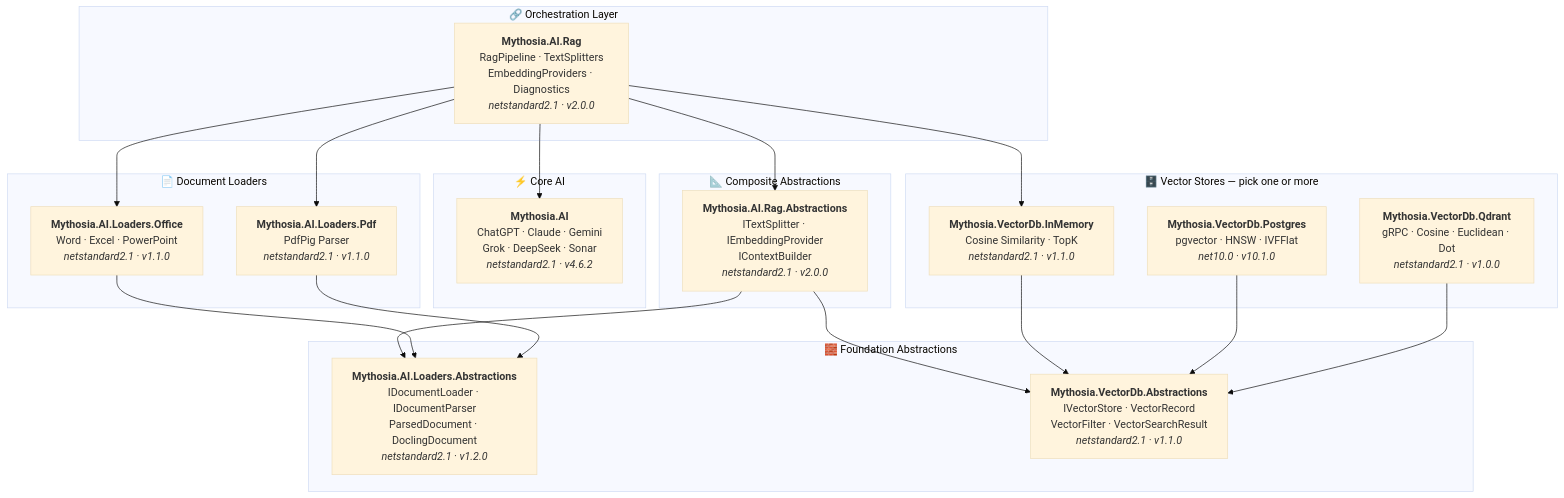
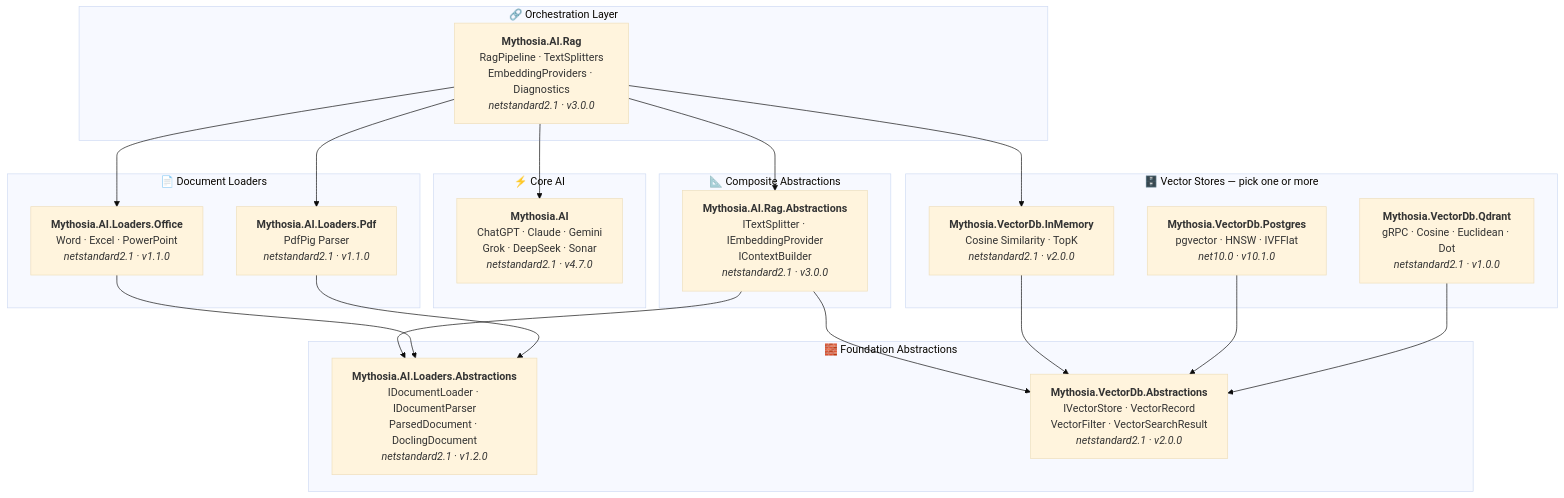
One commit to AJ-comp/Mythosia.AI changed the diagram in README.md. Above: the diagram before and after it, drawn with Mermaid (base theme). The commit also changed 62 other files, not shown here.

````diff
--- a/README.md
+++ b/README.md
@@ -55,50 +55,50 @@
 ```mermaid
 graph TD
     subgraph "🔗 Orchestration Layer"
-        Rag["<b>Mythosia.AI.Rag</b><br/>RagPipeline · TextSplitters<br/>EmbeddingProviders · Diagnostics<br/><i>netstandard2.1 · v2.0.0</i>"]
+        Rag["<b>Mythosia.AI.Rag</b><br/>RagPipeline · TextSplitters<br/>EmbeddingProviders · Diagnostics<br/><i>netstandard2.1 · v3.0.0</i>"]
     end
 
     subgraph "📐 Composite Abstractions"
-        RagAbs["<b>Mythosia.AI.Rag.Abstractions</b><br/>ITextSplitter · IEmbeddingProvider<br/>IContextBuilder<br/><i>netstandard2.1 · v2.0.0</i>"]
+        RagAbs["<b>Mythosia.AI.Rag.Abstractions</b><br/>ITextSplitter · IEmbeddingProvider<br/>IContextBuilder<br/><i>netstandard2.1 · v3.0.0</i>"]
     end
 
     subgraph "⚡ Core AI"
-        AI["<b>Mythosia.AI</b><br/>ChatGPT · Claude · Gemini<br/>Grok · DeepSeek · Sonar<br/><i>netstandard2.1 · v4.6.2</i>"]
+        AI["<b>Mythosia.AI</b><br/>ChatGPT · Claude · Gemini<br/>Grok · DeepSeek · Sonar<br/><i>netstandard2.1 · v4.7.0</i>"]
     end
 
     subgraph "📄 Document Loaders"
         Office["<b>Mythosia.AI.Loaders.Office</b><br/>Word · Excel · PowerPoint<br/><i>netstandard2.1 · v1.1.0</i>"]
         Pdf["<b>Mythosia.AI.Loaders.Pdf</b><br/>PdfPig Parser<br/><i>netstandard2.1 · v1.1.0</i>"]
     end
 
     subgraph "🗄️ Vector Stores — pick one or more"
-        InMem["<b>Mythosia.VectorDb.InMemory</b><br/>Cosine Similarity · TopK<br/><i>netstandard2.1 · v1.1.0</i>"]
+        InMem["<b>Mythosia.VectorDb.InMemory</b><br/>Cosine Similarity · TopK<br/><i>netstandard2.1 · v2.0.0</i>"]
         Pg["<b>Mythosia.VectorDb.Postgres</b><br/>pgvector · HNSW · IVFFlat<br/><i>net10.0 · v10.1.0</i>"]
         Qd["<b>Mythosia.VectorDb.Qdrant</b><br/>gRPC · Cosine · Euclidean · Dot<br/><i>netstandard2.1 · v1.0.0</i>"]
     end
 
     subgraph "🧱 Foundation Abstractions"
         LoaderAbs["<b>Mythosia.AI.Loaders.Abstractions</b><br/>IDocumentLoader · IDocumentParser<br/>ParsedDocument · DoclingDocument<br/><i>netstandard2.1 · v1.2.0</i>"]
-        VdbAbs["<b>Mythosia.VectorDb.Abstractions</b><br/>IVectorStore · VectorRecord<br/>VectorFilter · VectorSearchResult<br/><i>netstandard2.1 · v1.1.0</i>"]
+        VdbAbs["<b>Mythosia.VectorDb.Abstractions</b><br/>IVectorStore · VectorRecord<br/>VectorFilter · VectorSearchResult<br/><i>netstandard2.1 · v2.0.0</i>"]
     end
 
     %% Orchestration → dependencies
     Rag --> RagAbs
     Rag --> AI
     Rag --> Office
     Rag --> Pdf
     Rag --> InMem
 
     %% Composite → Foundation
     RagAbs --> LoaderAbs
     RagAbs --> VdbAbs
 
     %% Loaders → Foundation
     Office --> LoaderAbs
     Pdf --> LoaderAbs
 
     %% VectorStores → Foundation
     InMem --> VdbAbs
     Pg --> VdbAbs
     Qd --> VdbAbs
 ```
````
